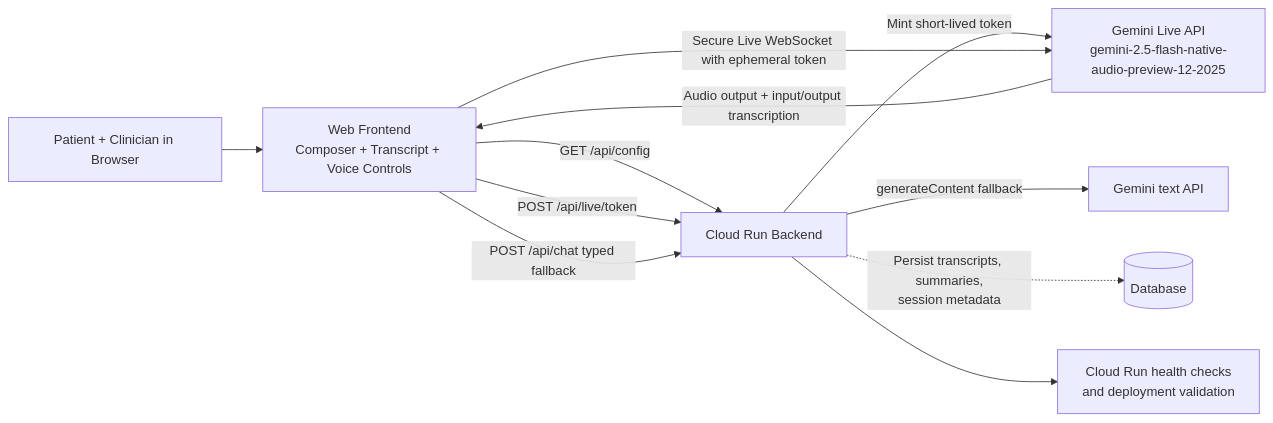
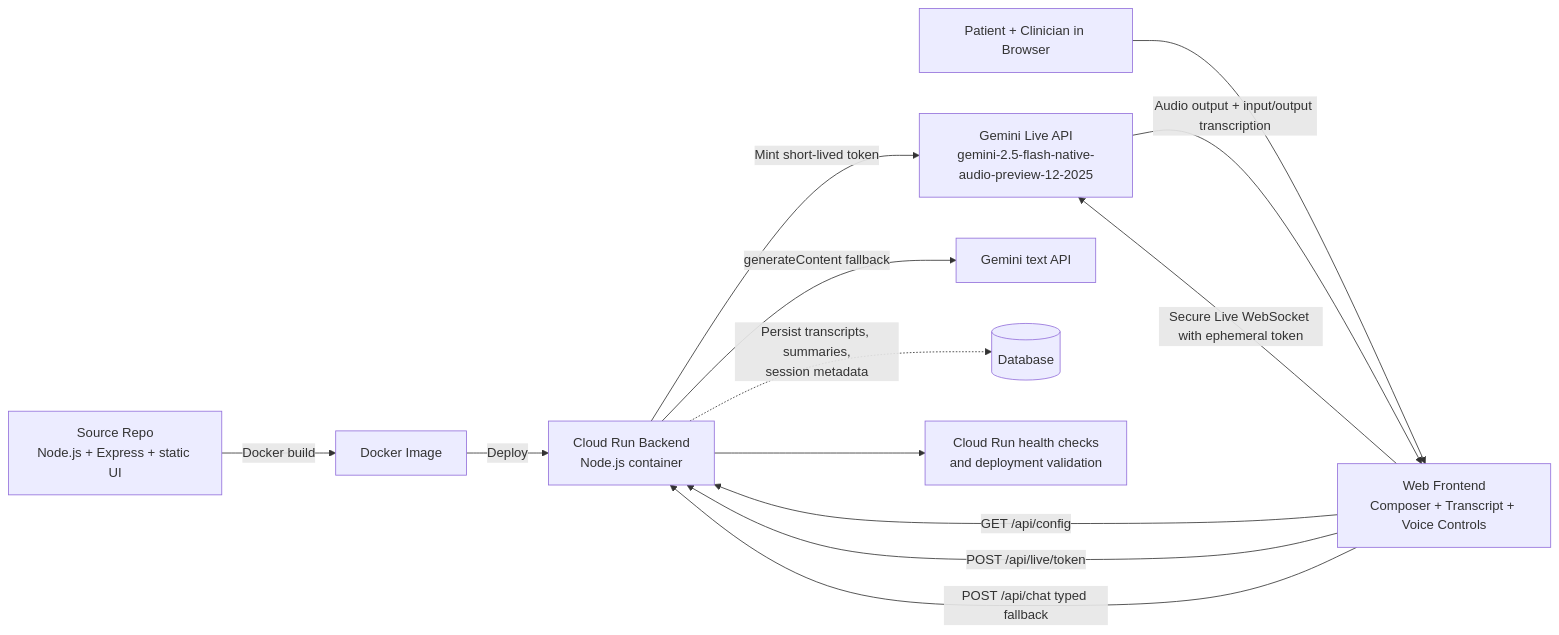
The diagram in README.md (khskwok/gemini-physio-intake-copilot), drawn with Mermaid before and after one commit. The commit also changed other lines of this file and 2 other files, not shown here.

````diff
--- a/README.md
+++ b/README.md
@@ -50,13 +57,15 @@
 ```mermaid
 flowchart LR
+	SRC[Source Repo\nNode.js + Express + static UI] -->|Docker build| IMG[Docker Image]
+	IMG -->|Deploy| BE[Cloud Run Backend\nNode.js container]
 	U[Patient + Clinician in Browser] --> FE[Web Frontend\nComposer + Transcript + Voice Controls]
-	FE -->|GET /api/config| BE[Cloud Run Backend]
+	FE -->|GET /api/config| BE
 	FE -->|POST /api/live/token| BE
 	BE -->|Mint short-lived token| GL[Gemini Live API\ngemini-2.5-flash-native-audio-preview-12-2025]
 	FE -->|Secure Live WebSocket with ephemeral token| GL
 	GL -->|Audio output + input/output transcription| FE
 	FE -->|POST /api/chat typed fallback| BE
 	BE -->|generateContent fallback| GT[Gemini text API]
 	BE -.->|Persist transcripts, summaries,\nsession metadata| DB[(Database)]
 	BE --> OBS[Cloud Run health checks\nand deployment validation]
 ```
````
